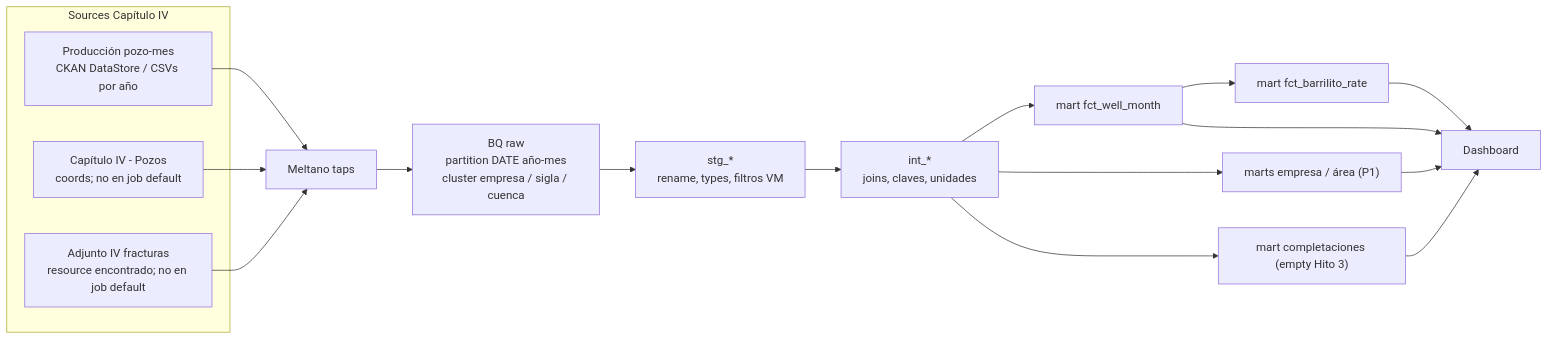
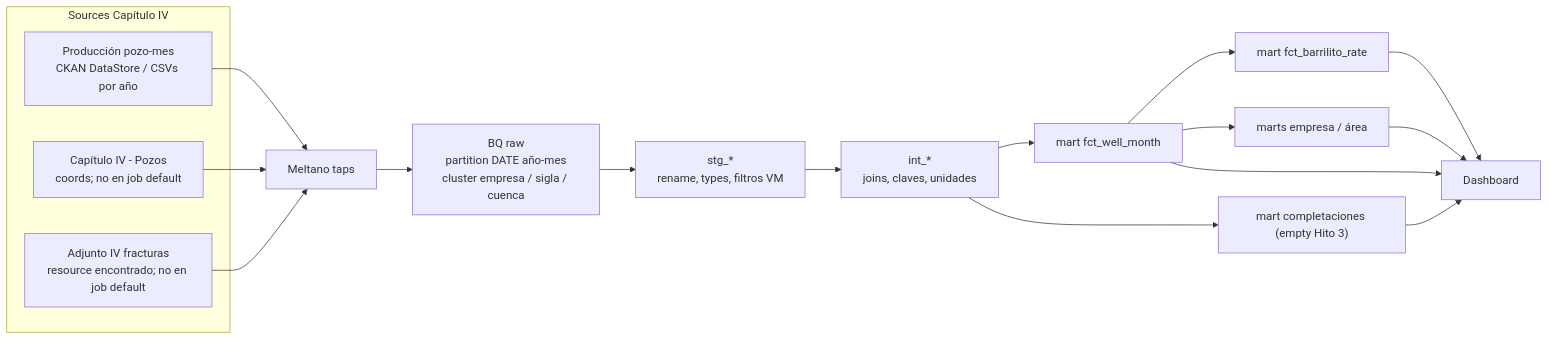
The third of 3 diagrams in docs/architecture.md (nrohland/vaca-muerta-pulse), drawn with Mermaid before and after one commit. The commit also changed 20 other files, not shown here.

First line of the commit message:
Hito 2 P1: marts empresa y área desde fct_well_month (#18)

````diff
--- a/docs/architecture.md
+++ b/docs/architecture.md
@@ -63,22 +63,22 @@
 ```mermaid
 flowchart LR
   subgraph Sources["Sources Capítulo IV"]
     P["Producción pozo-mes<br/>CKAN DataStore / CSVs por año"]
     W["Capítulo IV - Pozos<br/>coords; no en job default"]
     F["Adjunto IV fracturas<br/>resource encontrado; no en job default"]
   end
   P --> TAPS
   W --> TAPS
   F --> TAPS
   TAPS["Meltano taps"] --> RAW["BQ raw<br/>partition DATE año-mes<br/>cluster empresa / sigla / cuenca"]
   RAW --> STG["stg_*<br/>rename, types, filtros VM"]
   STG --> INT["int_*<br/>joins, claves, unidades"]
   INT --> M1["mart fct_well_month"]
   M1 --> M4["mart fct_barrilito_rate"]
-  INT --> M2["marts empresa / área (P1)"]
+  M1 --> M2["marts empresa / área"]
   INT --> M3["mart completaciones (empty Hito 3)"]
   M1 --> WEB["Dashboard"]
   M2 --> WEB
   M3 --> WEB
   M4 --> WEB
 ```
````
